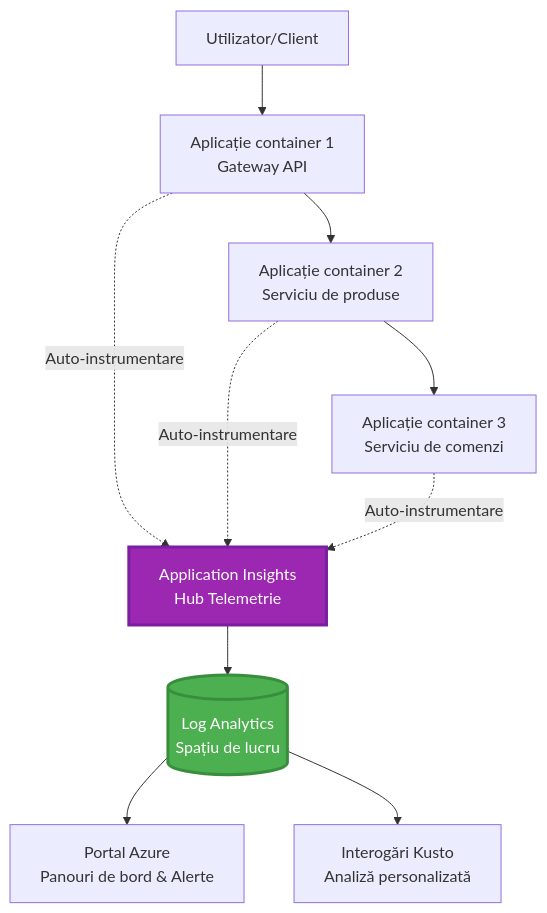
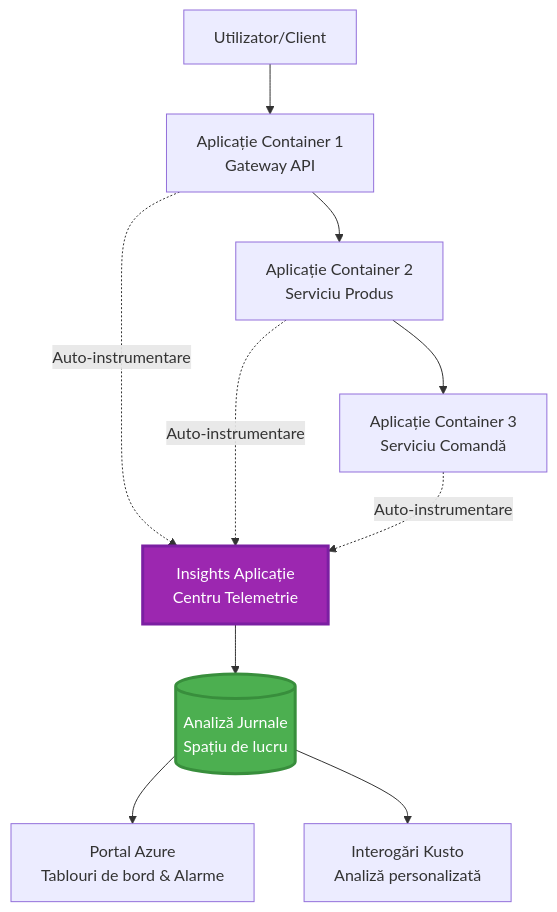
Before and after one commit to microsoft/AZD-for-beginners: the first of 2 diagrams in translations/ro/docs/chapter-06-pre-deployment/application-insights.md, drawn with Mermaid. The commit also changed other lines of this file and 101 other files, not shown here.

````diff
--- a/translations/ro/docs/chapter-06-pre-deployment/application-insights.md
+++ b/translations/ro/docs/chapter-06-pre-deployment/application-insights.md
@@ -58,28 +58,28 @@
 ```mermaid
 graph TB
     User[Utilizator/Client]
-    App1[Aplicație container 1<br/>Gateway API]
-    App2[Aplicație container 2<br/>Serviciu de produse]
-    App3[Aplicație container 3<br/>Serviciu de comenzi]
+    App1[Aplicație Container 1<br/>Gateway API]
+    App2[Aplicație Container 2<br/>Serviciu Produs]
+    App3[Aplicație Container 3<br/>Serviciu Comandă]
     
-    AppInsights[Application Insights<br/>Hub Telemetrie]
-    LogAnalytics[(Log Analytics<br/>Spațiu de lucru)]
+    AppInsights[Insights Aplicație<br/>Centru Telemetrie]
+    LogAnalytics[(Analiză Jurnale<br/>Spațiu de lucru)]
     
-    Portal[Portal Azure<br/>Panouri de bord & Alerte]
+    Portal[Portal Azure<br/>Tablouri de bord & Alarme]
     Query[Interogări Kusto<br/>Analiză personalizată]
     
     User --> App1
     App1 --> App2
     App2 --> App3
     
     App1 -.->|Auto-instrumentare| AppInsights
     App2 -.->|Auto-instrumentare| AppInsights
     App3 -.->|Auto-instrumentare| AppInsights
     
     AppInsights --> LogAnalytics
     LogAnalytics --> Portal
     LogAnalytics --> Query
     
     style AppInsights fill:#9C27B0,stroke:#7B1FA2,stroke-width:3px,color:#fff
     style LogAnalytics fill:#4CAF50,stroke:#388E3C,stroke-width:3px,color:#fff
 ```
````
